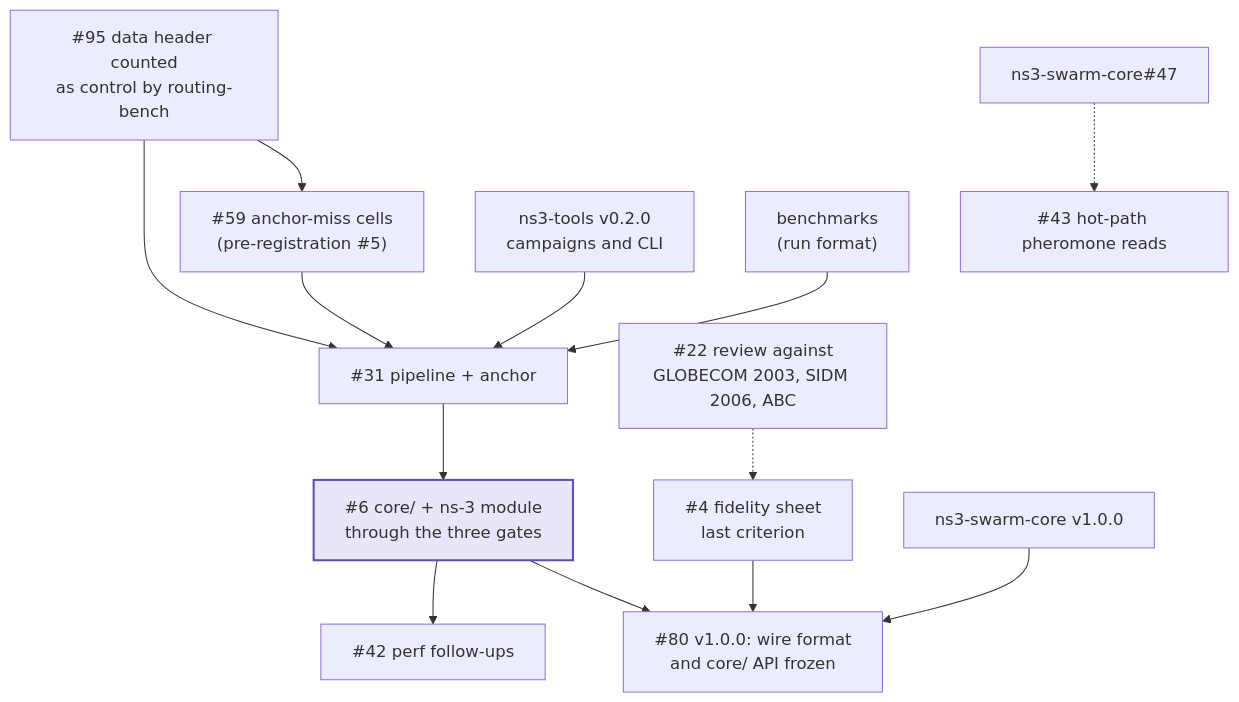
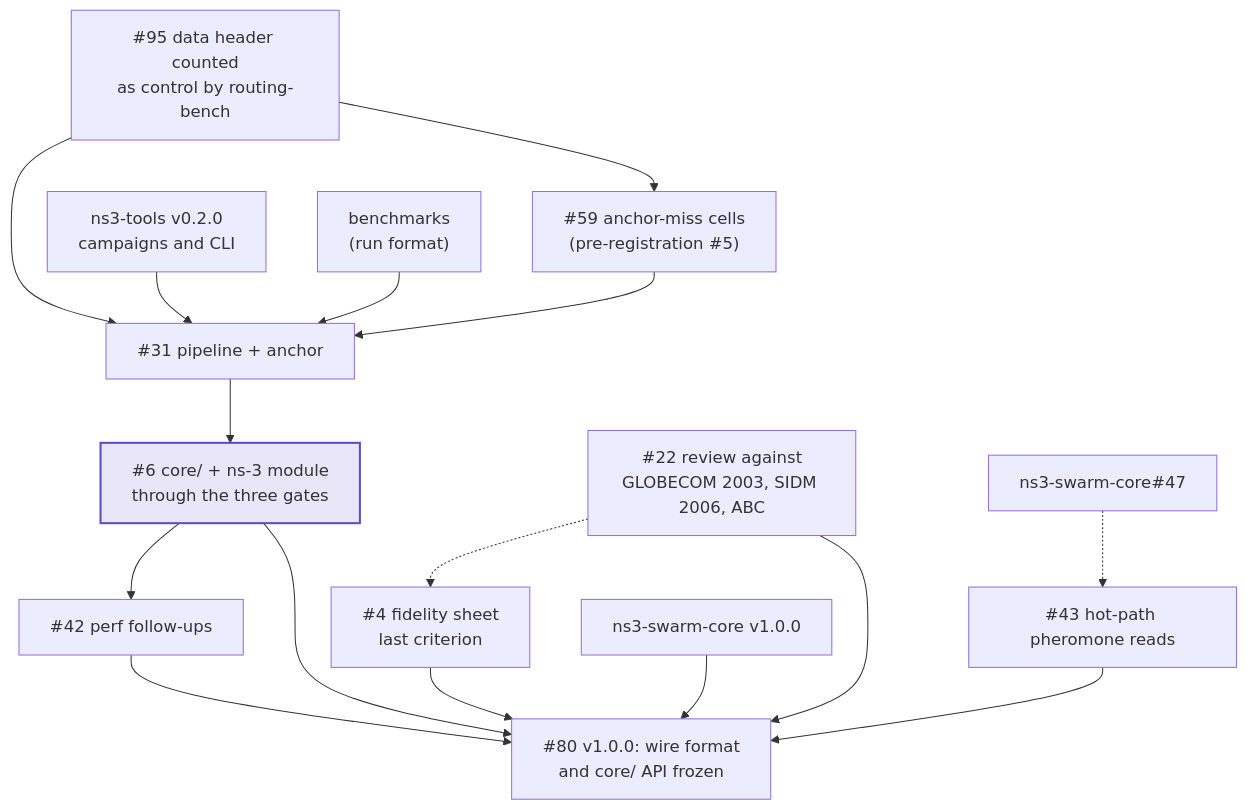
The second of 2 diagrams in docs/roadmap.md (swarm-routing/Termite), drawn with Mermaid before and after one commit. The commit also changed 1 other file, not shown here.

Commit message:
docs: state the neighbour-column and one-deposit rules, draw v0.3.0 before #80
Review findings on #101, each checked against the code and the issues:

- CONTEXT.md glossary, Column: Router::decay keeps a neighbour's own
  column until its row has gone (core/termite-router.cc, the
  neighbors_.count(d) skip), so 'all at the floor' was not the whole rule.
- CONTEXT.md glossary, gamma_c: Router::depositOnce deposits once per
  packet per node (the capped deposited-ID record, fidelity 'deposited-ID
  record size'); the entry read as if every copy deposited.
- docs/roadmap.md: #80's 'Depends on' names this repository's v0.3.0, whose
  issues are #4, #22, #42 and #43; only #4 was drawn before #80.

Text only. Verified with check_docs.py (PASS docs match the org standard).

Claude-Session: https://claude.ai/code/session_01Qx5bTSc1jHiPaoDgfA5UcE

````diff
--- a/docs/roadmap.md
+++ b/docs/roadmap.md
@@ -52,32 +52,35 @@
 ```mermaid
 flowchart TB
     I95["#95 data header counted<br/>as control by routing-bench"]
     I59["#59 anchor-miss cells<br/>(pre-registration #5)"]
     I6["#6 core/ + ns-3 module<br/>through the three gates"]
     I31["#31 pipeline + anchor"]
     I4["#4 fidelity sheet<br/>last criterion"]
     I22["#22 review against<br/>GLOBECOM 2003, SIDM 2006, ABC"]
     I42["#42 perf follow-ups"]
     I43["#43 hot-path pheromone reads"]
     I80["#80 v1.0.0: wire format<br/>and core/ API frozen"]
 
     SC47["ns3-swarm-core#47"]
     NT["ns3-tools v0.2.0<br/>campaigns and CLI"]
     SC10["ns3-swarm-core v1.0.0"]
     BM["benchmarks<br/>(run format)"]
 
     I95 --> I31
     I95 --> I59
     NT --> I31
     BM --> I31
     I59 --> I31
     I31 --> I6
     I6 --> I42
     SC47 -.-> I43
     I22 -.-> I4
     I6 --> I80
     I4 --> I80
+    I22 --> I80
+    I42 --> I80
+    I43 --> I80
     SC10 --> I80
 
     style I6 fill:#e8e6f8,stroke:#5b4fc4,stroke-width:2px
 ```
````
